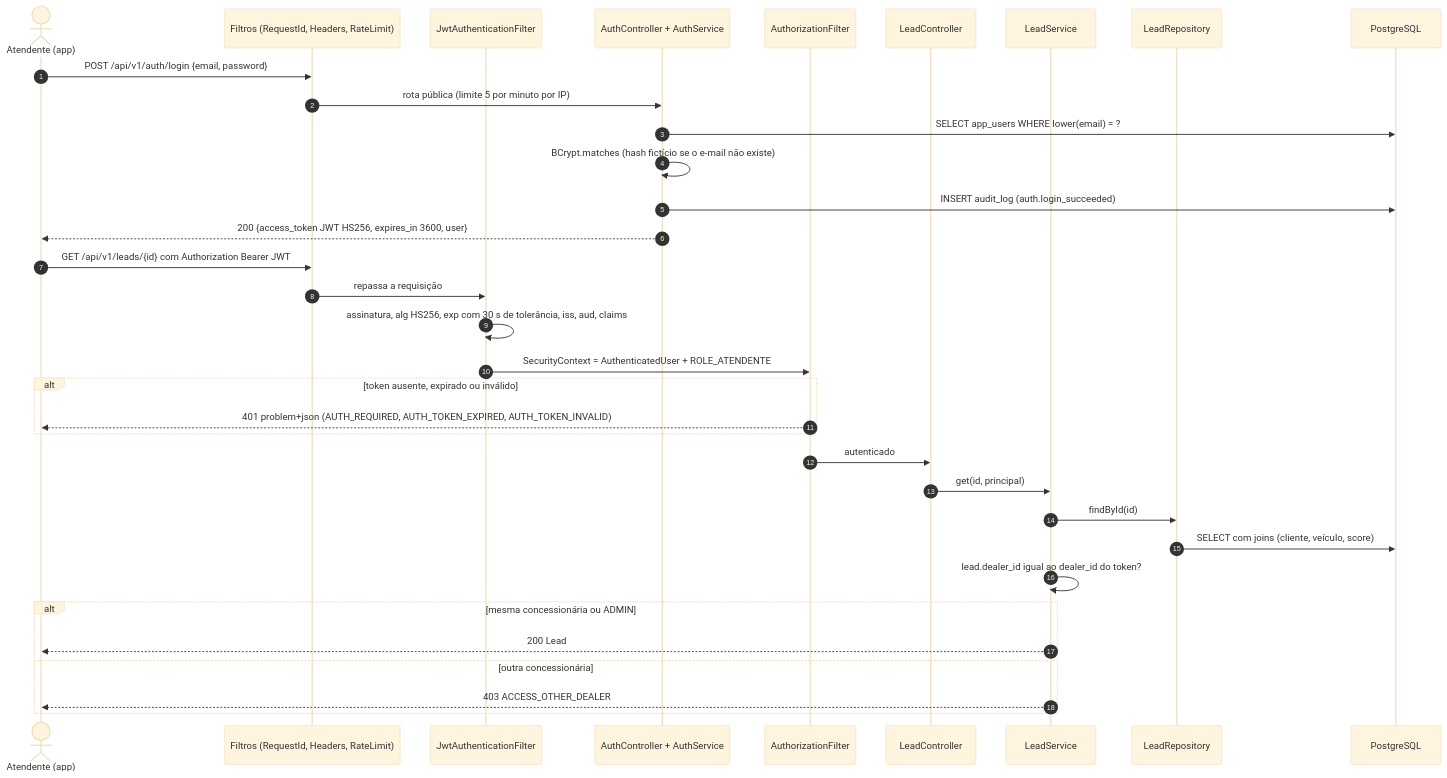
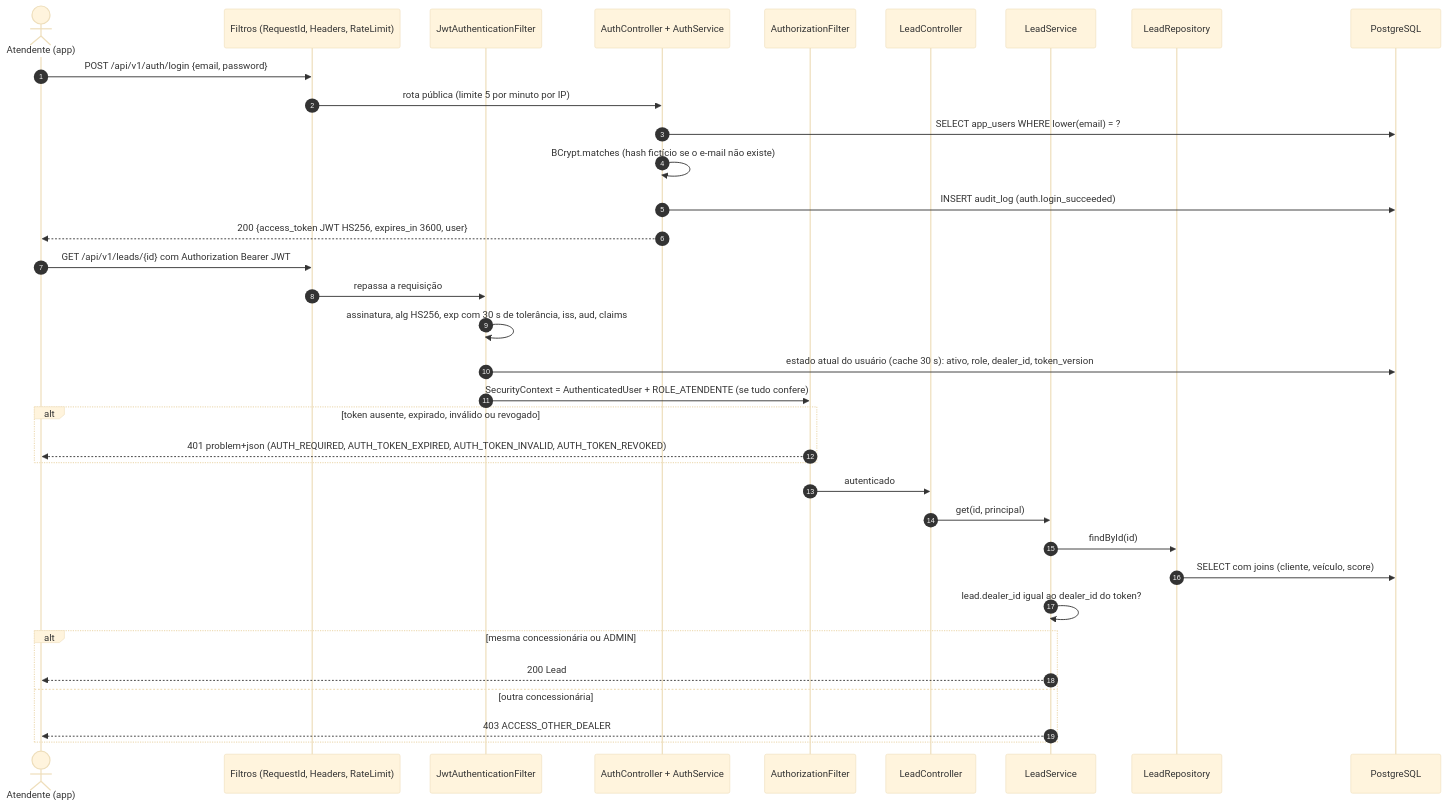
The diagram in docs/diagrams/03-fluxo-autenticacao.mmd (fwd-ford/forward-api-java), drawn with Mermaid (base theme) before and after one commit. The commit also changed 13 other files, not shown here.

First line of the commit message:
docs: token revocation in README, architecture, delivery doc and evidence

```diff
--- a/docs/diagrams/03-fluxo-autenticacao.mmd
+++ b/docs/diagrams/03-fluxo-autenticacao.mmd
@@ -1,36 +1,37 @@
 sequenceDiagram
   autonumber
   actor U as Atendente (app)
   participant F as Filtros (RequestId, Headers, RateLimit)
   participant J as JwtAuthenticationFilter
   participant AU as AuthController + AuthService
   participant Z as AuthorizationFilter
   participant C as LeadController
   participant S as LeadService
   participant R as LeadRepository
   participant DB as PostgreSQL
 
   U->>F: POST /api/v1/auth/login {email, password}
   F->>AU: rota pública (limite 5 por minuto por IP)
   AU->>DB: SELECT app_users WHERE lower(email) = ?
   AU->>AU: BCrypt.matches (hash fictício se o e-mail não existe)
   AU->>DB: INSERT audit_log (auth.login_succeeded)
   AU-->>U: 200 {access_token JWT HS256, expires_in 3600, user}
 
   U->>F: GET /api/v1/leads/{id} com Authorization Bearer JWT
   F->>J: repassa a requisição
   J->>J: assinatura, alg HS256, exp com 30 s de tolerância, iss, aud, claims
-  J->>Z: SecurityContext = AuthenticatedUser + ROLE_ATENDENTE
-  alt token ausente, expirado ou inválido
-    Z-->>U: 401 problem+json (AUTH_REQUIRED, AUTH_TOKEN_EXPIRED, AUTH_TOKEN_INVALID)
+  J->>DB: estado atual do usuário (cache 30 s): ativo, role, dealer_id, token_version
+  J->>Z: SecurityContext = AuthenticatedUser + ROLE_ATENDENTE (se tudo confere)
+  alt token ausente, expirado, inválido ou revogado
+    Z-->>U: 401 problem+json (AUTH_REQUIRED, AUTH_TOKEN_EXPIRED, AUTH_TOKEN_INVALID, AUTH_TOKEN_REVOKED)
   end
   Z->>C: autenticado
   C->>S: get(id, principal)
   S->>R: findById(id)
   R->>DB: SELECT com joins (cliente, veículo, score)
   S->>S: lead.dealer_id igual ao dealer_id do token?
   alt mesma concessionária ou ADMIN
     S-->>U: 200 Lead
   else outra concessionária
     S-->>U: 403 ACCESS_OTHER_DEALER
   end
```
